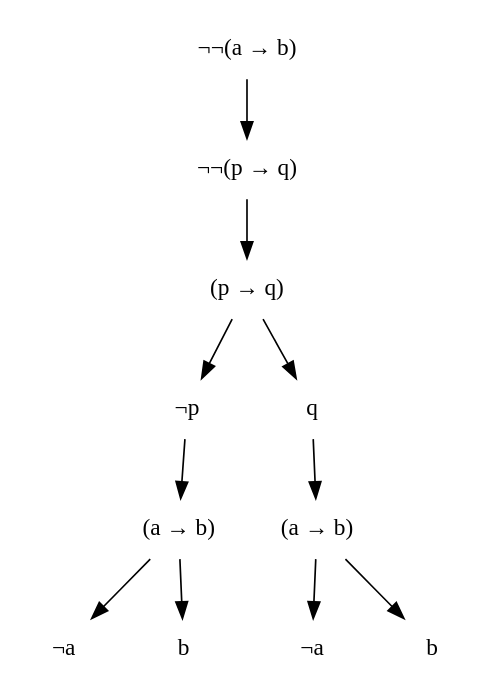
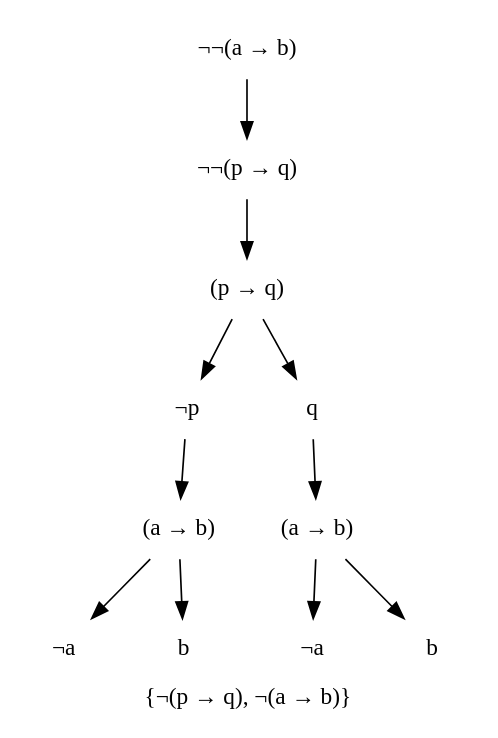
One commit to rispoli/seq-tab changed the diagram in graphviz_files/c.dot. Above: the diagram before and after it, drawn with Graphviz. The commit also changed 50 other files, not shown here.

```diff
--- a/graphviz_files/c.dot
+++ b/graphviz_files/c.dot
@@ -1,24 +1,25 @@
 digraph G {
+	label = "{&not;(p &rarr; q), &not;(a &rarr; b)}";
 	node [ shape = "plaintext" ];
 	0 [ label = "&not;&not;(a &rarr; b)" ];
 	1 [ label = "&not;&not;(p &rarr; q)" ];
 	0 -> 1;
 	2 [ label = "(p &rarr; q)" ];
 	1 -> 2;
 	3 [ label = "&not;p" ];
 	2 -> 3;
 	4 [ label = "(a &rarr; b)" ];
 	3 -> 4;
 	5 [ label = "&not;a" ];
 	4 -> 5;
 	6 [ label = "b" ];
 	4 -> 6;
 	7 [ label = "q" ];
 	2 -> 7;
 	8 [ label = "(a &rarr; b)" ];
 	7 -> 8;
 	9 [ label = "&not;a" ];
 	8 -> 9;
 	10 [ label = "b" ];
 	8 -> 10;
 }
```
